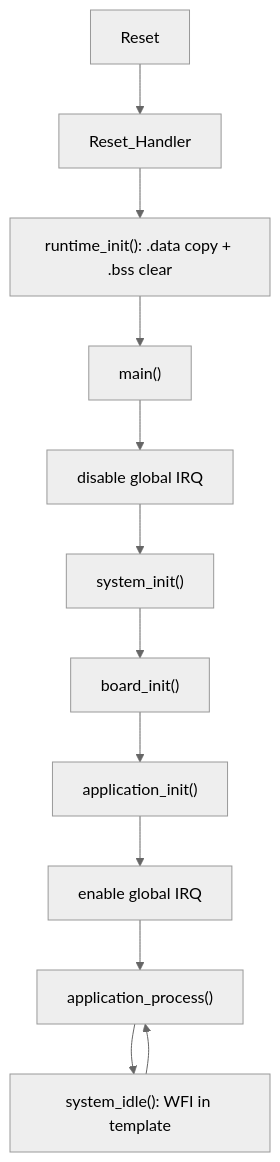
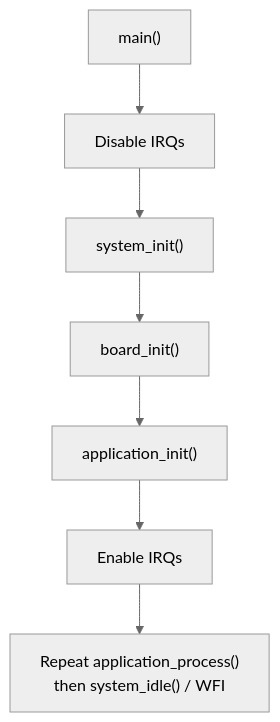
Before and after one commit to haikevins/stm32f1-register-level-baremetal: the second of 3 diagrams in README.md, drawn with Mermaid (neutral theme). The commit also changed other lines of this file and 4 other files, not shown here.

````diff
--- a/README.md
+++ b/README.md
@@ -55,14 +66,9 @@
 ```mermaid
-flowchart TD
-    RESET["Reset"] --> START["Reset_Handler"]
-    START --> CRT["runtime_init(): .data copy + .bss clear"]
-    CRT --> MAIN["main()"]
-    MAIN --> OFF["disable global IRQ"]
+flowchart TB
+    MAIN["main()"] --> OFF["Disable IRQs"]
     OFF --> INIT["system_init()"]
     INIT --> BOARD["board_init()"]
     BOARD --> APPINIT["application_init()"]
-    APPINIT --> ON["enable global IRQ"]
-    ON --> LOOP["application_process()"]
-    LOOP --> IDLE["system_idle(): WFI in template"]
-    IDLE --> LOOP
+    APPINIT --> ON["Enable IRQs"]
+    ON --> LOOP["Repeat application_process()<br/>then system_idle() / WFI"]
 ```
````
